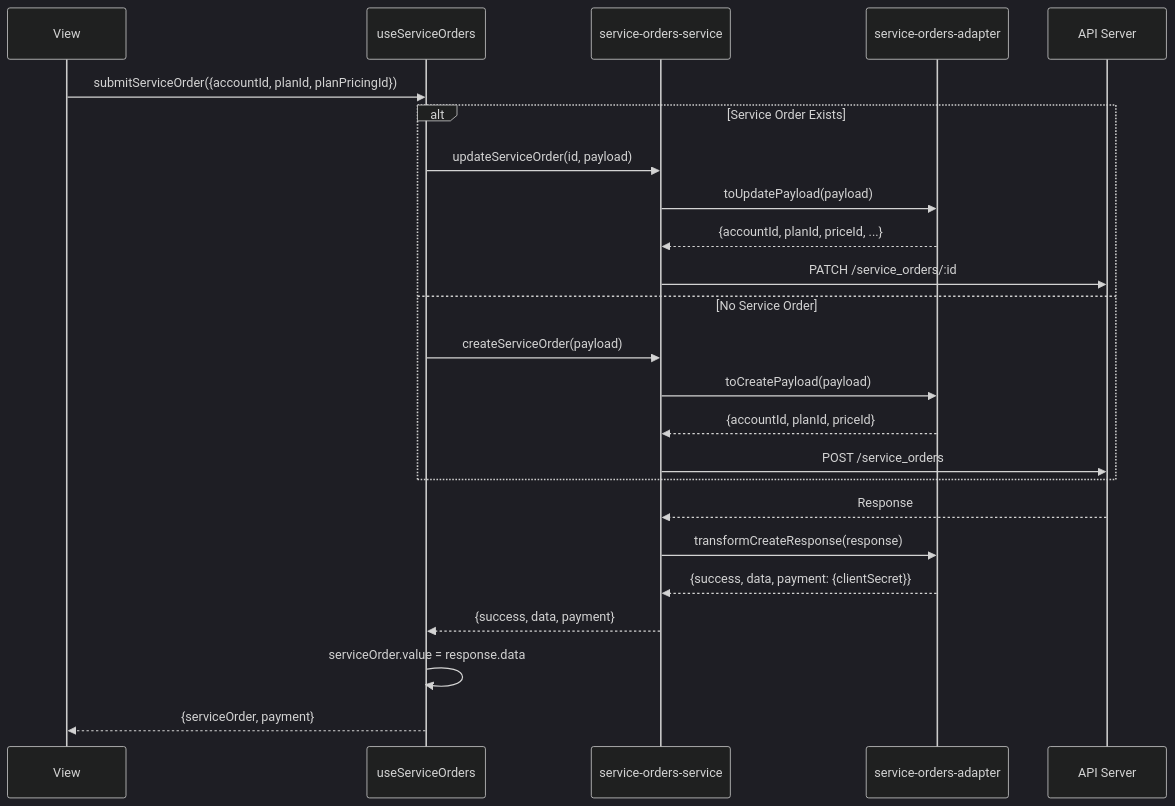
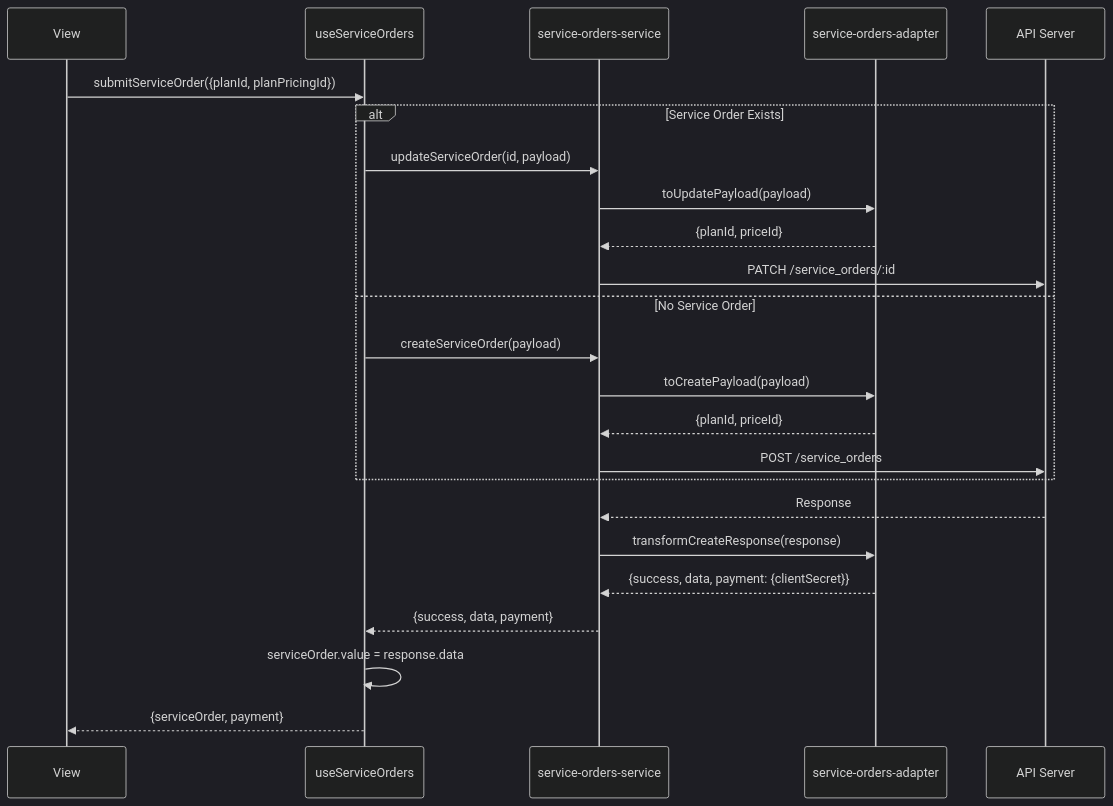
One commit to aziontech/azion-console-kit changed the fourth of 5 diagrams in docs/CONTRACTING_FLOW.md. Above: the diagram before and after it, drawn with Mermaid (dark theme). The commit also changed other lines of this file and 15 other files, not shown here.

Commit message:
fix: align console service order API integration

````diff
--- a/docs/CONTRACTING_FLOW.md
+++ b/docs/CONTRACTING_FLOW.md
@@ -413,29 +426,29 @@
 ```mermaid
 sequenceDiagram
     participant V as View
     participant C as useServiceOrders
     participant S as service-orders-service
     participant A as service-orders-adapter
     participant API as API Server
 
-    V->>C: submitServiceOrder({accountId, planId, planPricingId})
+    V->>C: submitServiceOrder({planId, planPricingId})
 
     alt Service Order Exists
         C->>S: updateServiceOrder(id, payload)
         S->>A: toUpdatePayload(payload)
-        A-->>S: {accountId, planId, priceId, ...}
+        A-->>S: {planId, priceId}
         S->>API: PATCH /service_orders/:id
     else No Service Order
         C->>S: createServiceOrder(payload)
         S->>A: toCreatePayload(payload)
-        A-->>S: {accountId, planId, priceId}
+        A-->>S: {planId, priceId}
         S->>API: POST /service_orders
     end
 
     API-->>S: Response
     S->>A: transformCreateResponse(response)
     A-->>S: {success, data, payment: {clientSecret}}
     S-->>C: {success, data, payment}
     C->>C: serviceOrder.value = response.data
     C-->>V: {serviceOrder, payment}
 ```
````
